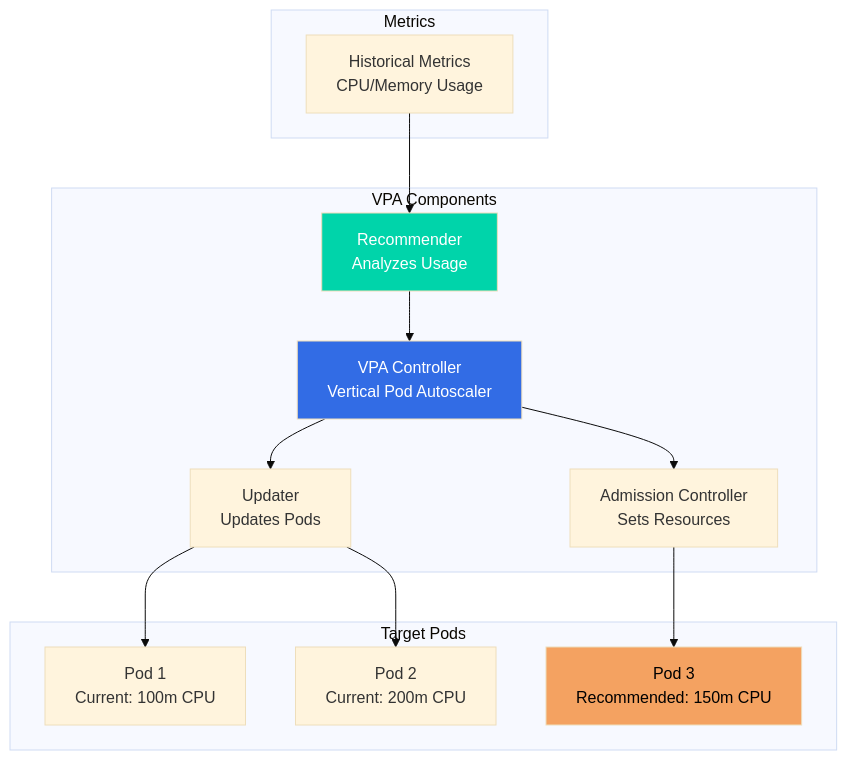
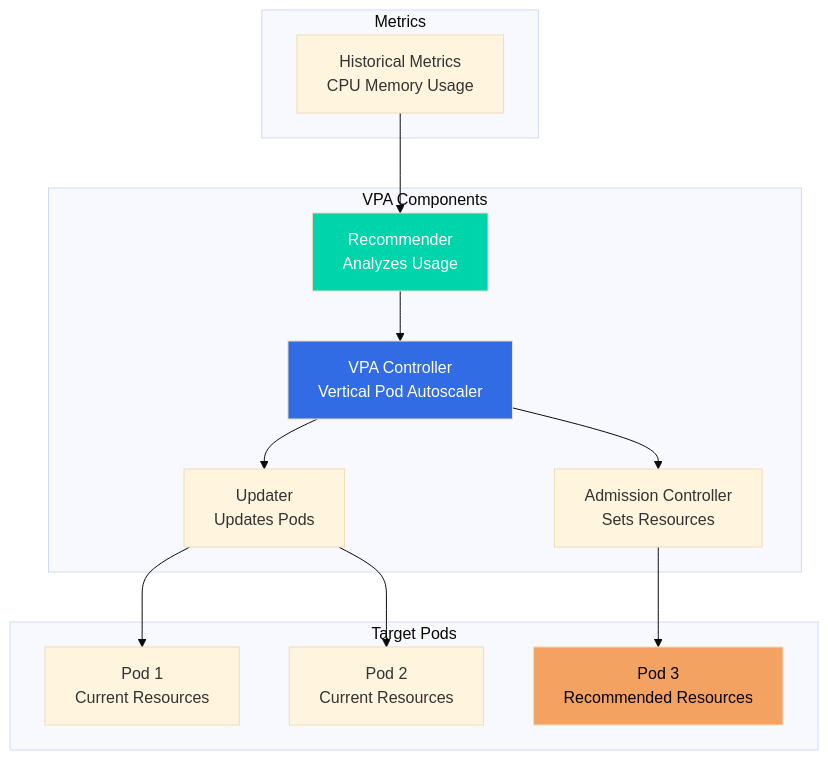
Before and after one commit to jayeshjd555/Kubernetes: diagram 29 of 33 in README.md, drawn with Mermaid (base theme). The commit also changed other lines of this file, not shown here.

````diff
--- a/README.md
+++ b/README.md
@@ -11046,31 +11046,31 @@
 ```mermaid
 graph TB
     subgraph "VPA Components"
         VPACtrl[VPA Controller<br/>Vertical Pod Autoscaler]
         REC[Recommender<br/>Analyzes Usage]
         UPD[Updater<br/>Updates Pods]
         AC[Admission Controller<br/>Sets Resources]
     end
     
     subgraph "Metrics"
-        HIST[Historical Metrics<br/>CPU/Memory Usage]
+        HIST[Historical Metrics<br/>CPU Memory Usage]
     end
     
     subgraph "Target Pods"
-        POD1[Pod 1<br/>Current: 100m CPU]
-        POD2[Pod 2<br/>Current: 200m CPU]
-        POD3[Pod 3<br/>Recommended: 150m CPU]
+        POD1[Pod 1<br/>Current Resources]
+        POD2[Pod 2<br/>Current Resources]
+        POD3[Pod 3<br/>Recommended Resources]
     end
     
     HIST --> REC
     REC --> VPACtrl
     VPACtrl --> UPD
     VPACtrl --> AC
     UPD --> POD1
     UPD --> POD2
     AC --> POD3
     
     style VPACtrl fill:#326ce5,color:#fff
     style REC fill:#00d4aa,color:#fff
     style POD3 fill:#f4a261,color:#000
 ```
````
